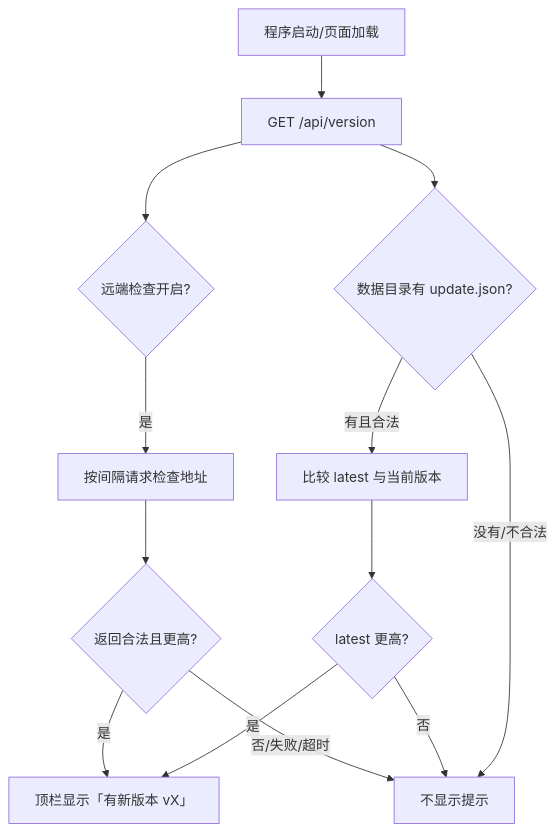
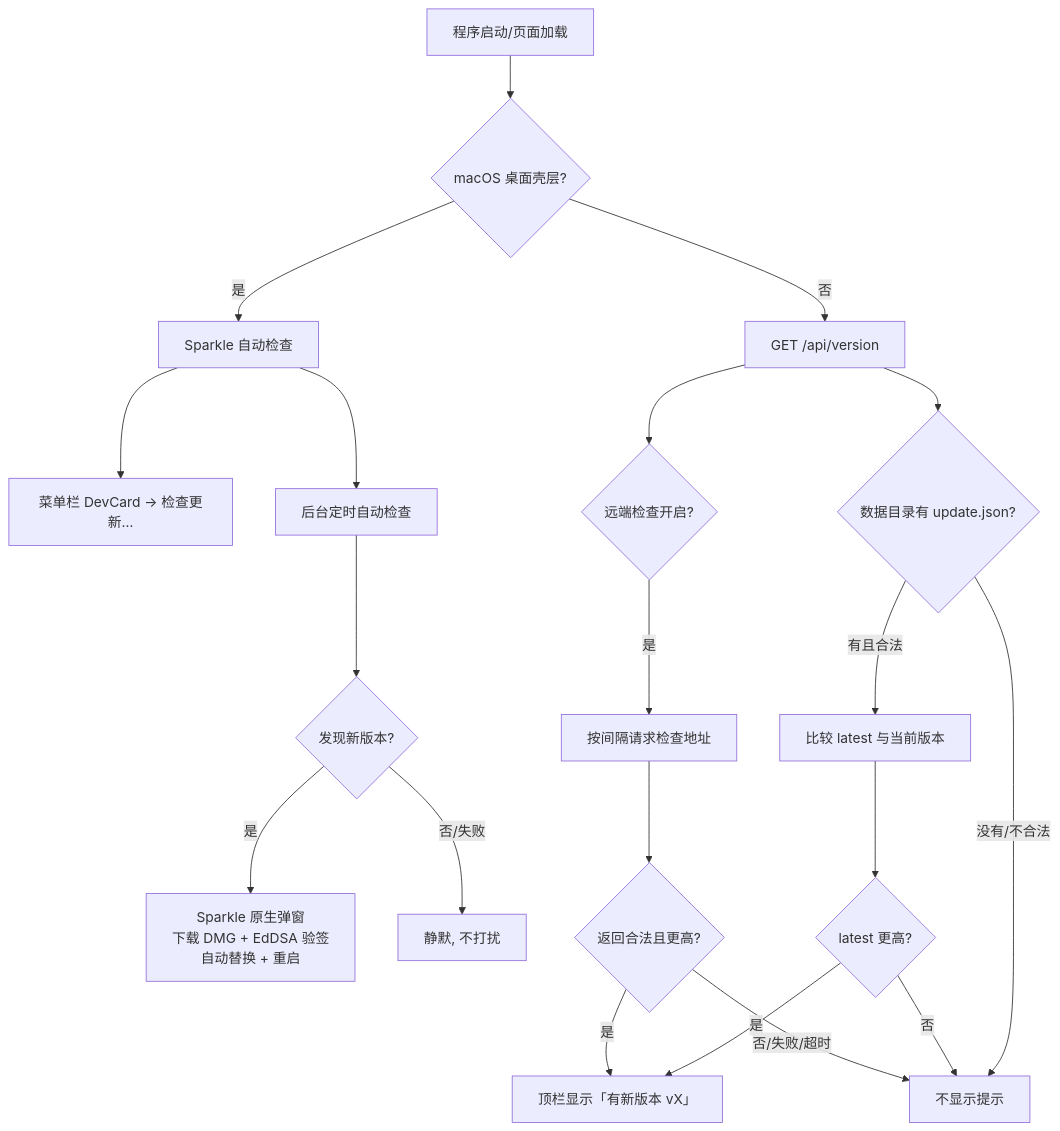
One commit to LinYuwei82/dev_card_cpp changed the sixth of 6 diagrams in docs/用户手册/用户手册.md. Above: the diagram before and after it, drawn with Mermaid. The commit also changed other lines of this file and 2 other files, not shown here.

Commit message:
feat(sparkle): 补齐自动更新缺口 — 菜单入口 + 前端二选一 + 手册更新
- main.mm: App 菜单加「检查更新…」, Sparkle 启用时 target 绑定 SPUStandardUpdaterController,
  未启用时自动隐藏菜单项
- web/app.js: macOS 壳层跳过前端 update.json 检查, 避免两套更新通道并存;
  Windows 壳层 / 浏览器网络版保持原行为
- 用户手册 10.1/10.2 重写: Mermaid 图分 Sparkle 通道 vs 前端清单通道,
  明确各自触发方式、信任链与 UI

````diff
--- a/docs/用户手册/用户手册.md
+++ b/docs/用户手册/用户手册.md
@@ -758,15 +758,23 @@
 ```mermaid
 flowchart TD
-    A[程序启动/页面加载] --> B[GET /api/version]
-    B --> C{数据目录有 update.json?}
-    C -- 有且合法 --> D[比较 latest 与当前版本]
-    C -- 没有/不合法 --> E[不显示提示]
-    D --> F{latest 更高?}
-    F -- 是 --> G[顶栏显示「有新版本 vX」]
-    F -- 否 --> E
-    B --> H{远端检查开启?}
-    H -- 是 --> I[按间隔请求检查地址]
-    I --> J{返回合法且更高?}
-    J -- 是 --> G
-    J -- 否/失败/超时 --> E
+    A[程序启动/页面加载] --> B{macOS 桌面壳层?}
+    B -- 是 --> C[Sparkle 自动检查]
+    C --> C1[菜单栏 DevCard → 检查更新…]
+    C --> C2[后台定时自动检查]
+    C2 --> C3{发现新版本?}
+    C3 -- 是 --> C4[Sparkle 原生弹窗<br/>下载 DMG + EdDSA 验签<br/>自动替换 + 重启]
+    C3 -- 否/失败 --> C5[静默, 不打扰]
+
+    B -- 否 --> D[GET /api/version]
+    D --> E{数据目录有 update.json?}
+    E -- 有且合法 --> F[比较 latest 与当前版本]
+    E -- 没有/不合法 --> G[不显示提示]
+    F --> H{latest 更高?}
+    H -- 是 --> I[顶栏显示「有新版本 vX」]
+    H -- 否 --> G
+    D --> J{远端检查开启?}
+    J -- 是 --> K[按间隔请求检查地址]
+    K --> L{返回合法且更高?}
+    L -- 是 --> I
+    L -- 否/失败/超时 --> G
 ```
````
